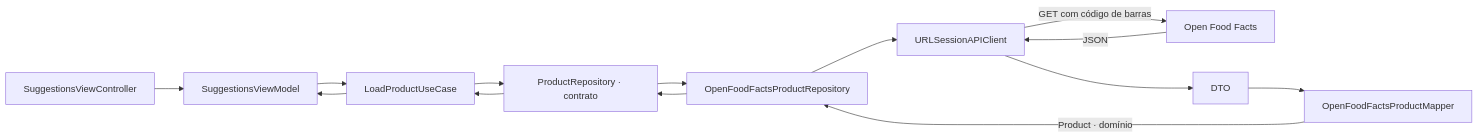
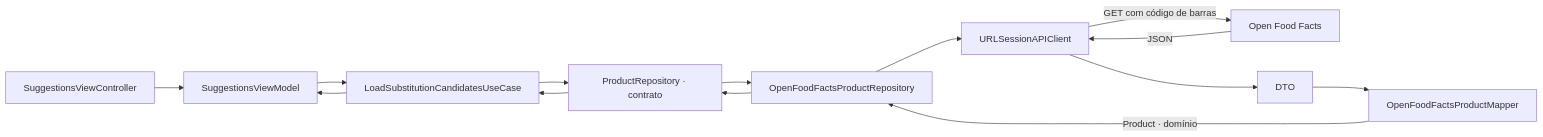
One commit to gabrielbarbosa-devv/substi-ios changed the third of 3 diagrams in README.md. Above: the diagram before and after it, drawn with Mermaid. The commit also changed other lines of this file and 27 other files, not shown here.

Commit message:
fix(delivery): harden API diagnostics and substitution flow

````diff
--- a/README.md
+++ b/README.md
@@ -93,16 +95,16 @@
 ```mermaid
 flowchart LR
     View[SuggestionsViewController] --> VM[SuggestionsViewModel]
-    VM --> UseCase[LoadProductUseCase]
+    VM --> UseCase[LoadSubstitutionCandidatesUseCase]
     UseCase --> Contract[ProductRepository · contrato]
     Contract --> Repo[OpenFoodFactsProductRepository]
     Repo --> Client[URLSessionAPIClient]
     Client -->|GET com código de barras| API[Open Food Facts]
     API -->|JSON| Client
     Client --> DTO[DTO]
     DTO --> Mapper[OpenFoodFactsProductMapper]
     Mapper -->|Product · domínio| Repo
     Repo --> Contract
     Contract --> UseCase
     UseCase --> VM
 ```
````
